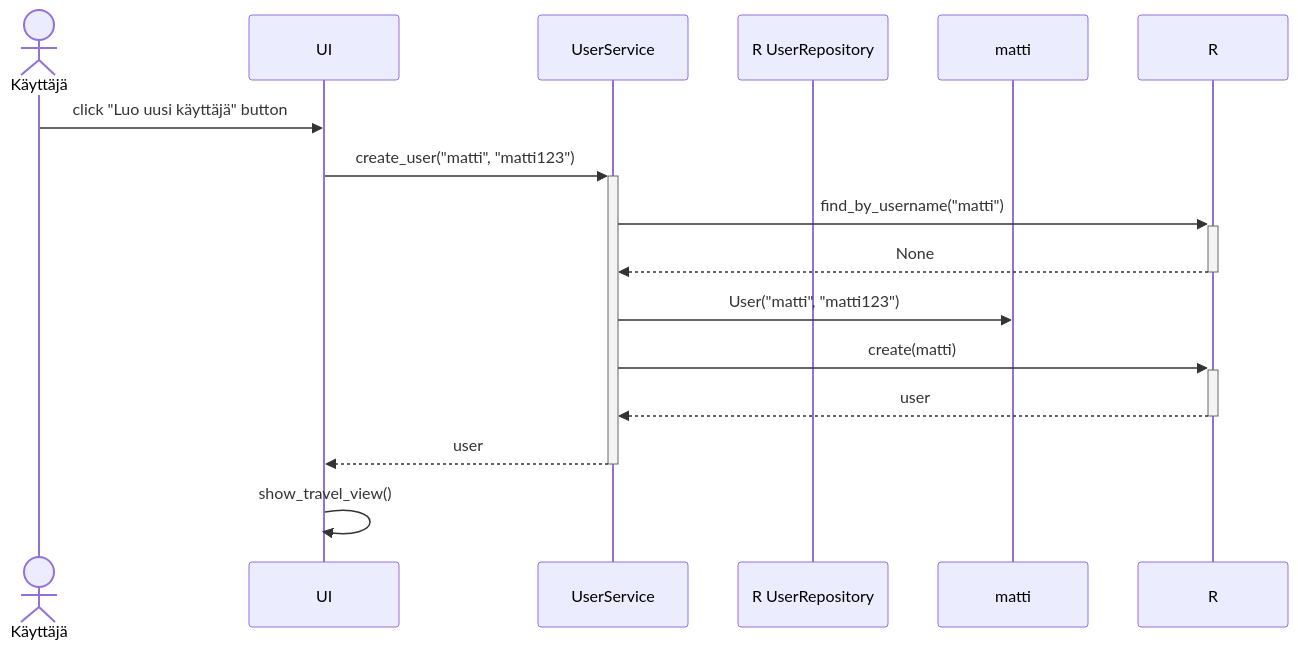
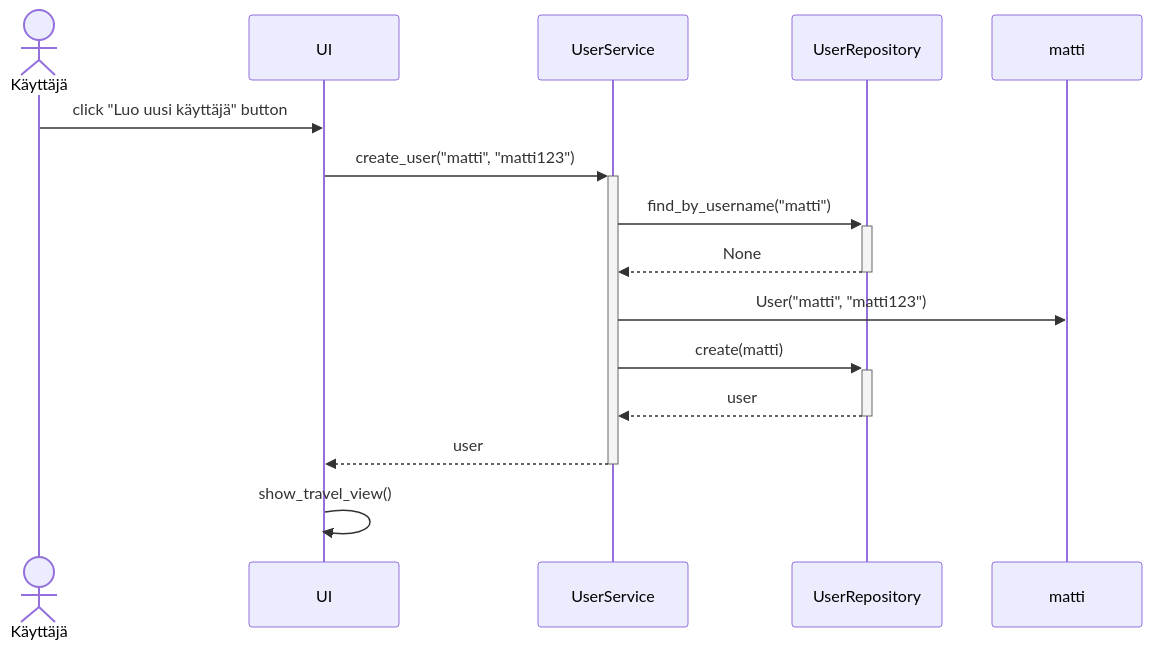
One commit to phuvio/ot-harjoitustyo changed the second of 3 diagrams in travel-expense-calculator-app/dokumentaatio/arkkitehtuuri.md. Above: the diagram before and after it, drawn with Mermaid.

````diff
--- a/travel-expense-calculator-app/dokumentaatio/arkkitehtuuri.md
+++ b/travel-expense-calculator-app/dokumentaatio/arkkitehtuuri.md
@@ -47,17 +47,17 @@
 ```mermaid
 sequenceDiagram
   actor K as Käyttäjä
   participant UI
   participant S as UserService
-  participant R UserRepository
+  participant R as UserRepository
   participant matti
   K->>UI: click "Luo uusi käyttäjä" button
   UI->>+S: create_user("matti", "matti123")
   S->>+R: find_by_username("matti")
   R-->>-S: None
   S->>matti: User("matti", "matti123")
   S->>+R: create(matti)
   R-->> -S: user
   S-->>-UI: user
   UI->>UI: show_travel_view()
 ```
````
